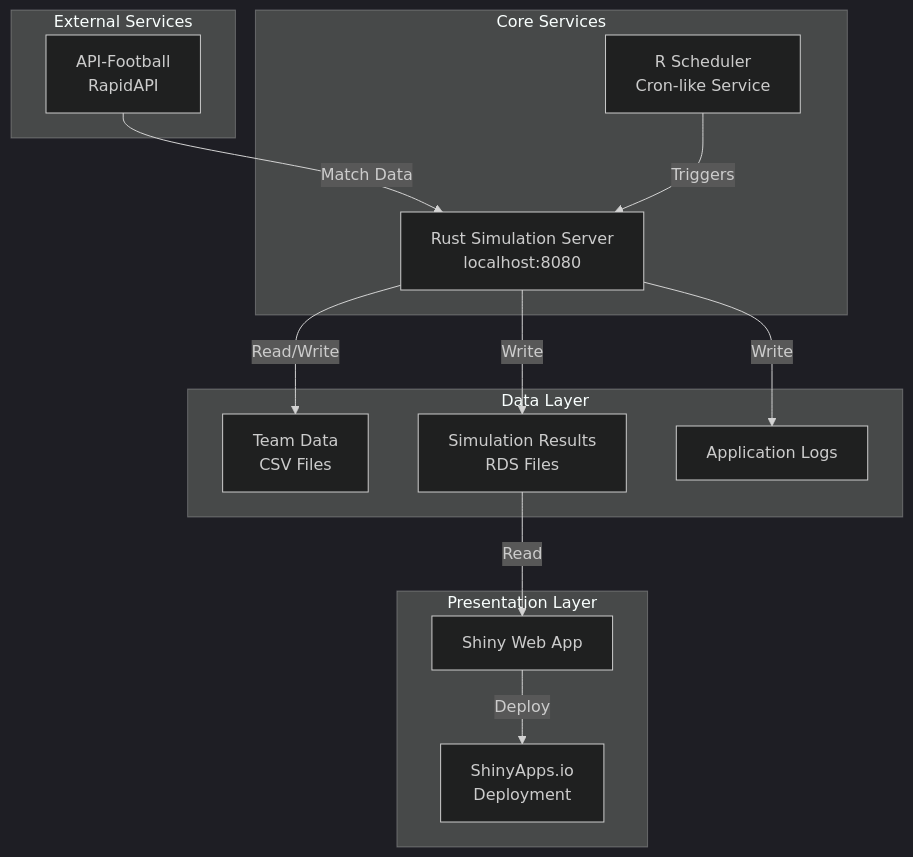
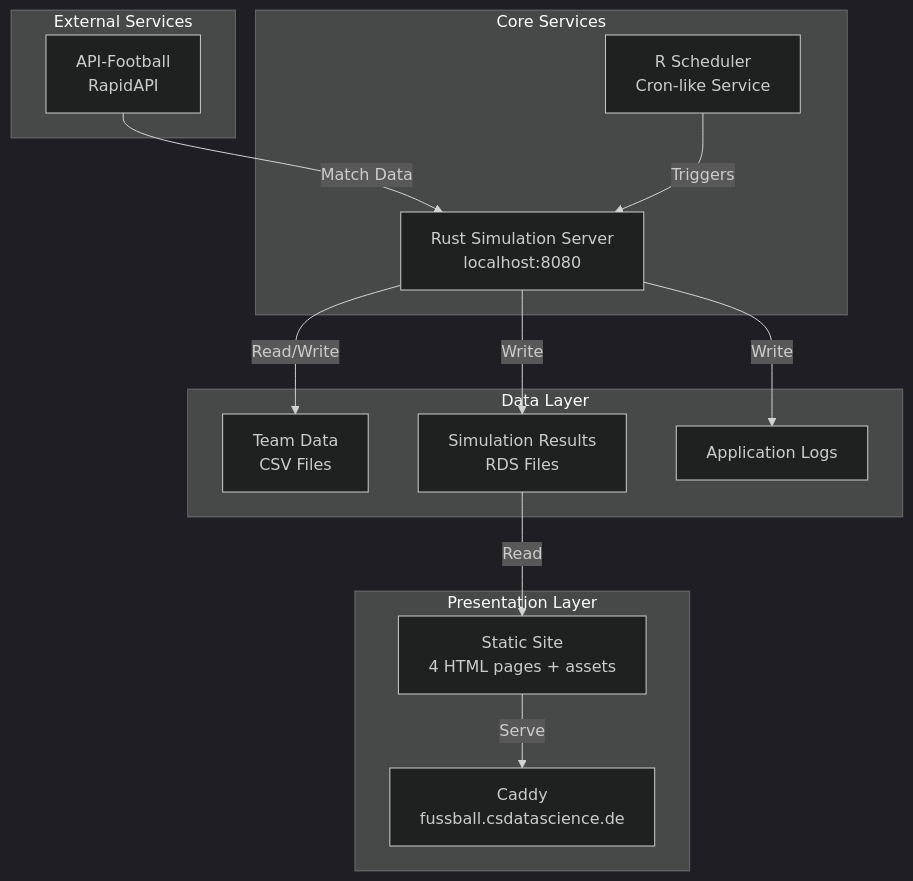
The first of 6 diagrams in docs/architecture/overview.md (chrisschwer/League-Simulator-Update), drawn with Mermaid (dark theme) before and after one commit. The commit also changed other lines of this file and 2 other files, not shown here.

First line of the commit message:
docs: Architektur- und Deployment-Doku an statische Seite anpassen

````diff
--- a/docs/architecture/overview.md
+++ b/docs/architecture/overview.md
@@ -7,30 +7,30 @@
 ```mermaid
 graph TB
     subgraph "External Services"
         API[API-Football<br/>RapidAPI]
     end
     
     subgraph "Core Services"
         SIM[Rust Simulation Server<br/>localhost:8080]
         SCH[R Scheduler<br/>Cron-like Service]
     end
     
     subgraph "Data Layer"
         CSV[Team Data<br/>CSV Files]
         RDS[Simulation Results<br/>RDS Files]
         LOGS[Application Logs]
     end
     
     subgraph "Presentation Layer"
-        SHINY[Shiny Web App]
-        DEPLOY[ShinyApps.io<br/>Deployment]
+        SITE[Static Site<br/>4 HTML pages + assets]
+        CADDY[Caddy<br/>fussball.csdatascience.de]
     end
     
     API -->|Match Data| SIM
     SCH -->|Triggers| SIM
     SIM -->|Read/Write| CSV
     SIM -->|Write| RDS
     SIM -->|Write| LOGS
-    RDS -->|Read| SHINY
-    SHINY -->|Deploy| DEPLOY
+    RDS -->|Read| SITE
+    SITE -->|Serve| CADDY
 ```
````
